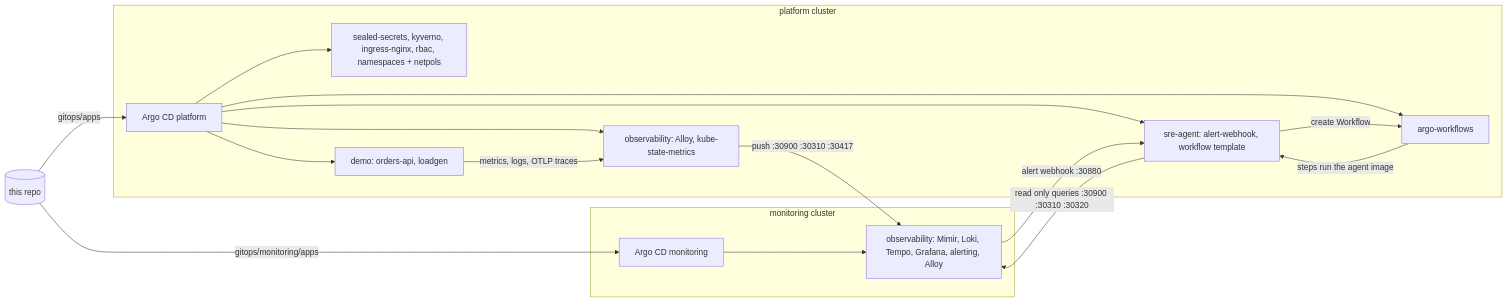
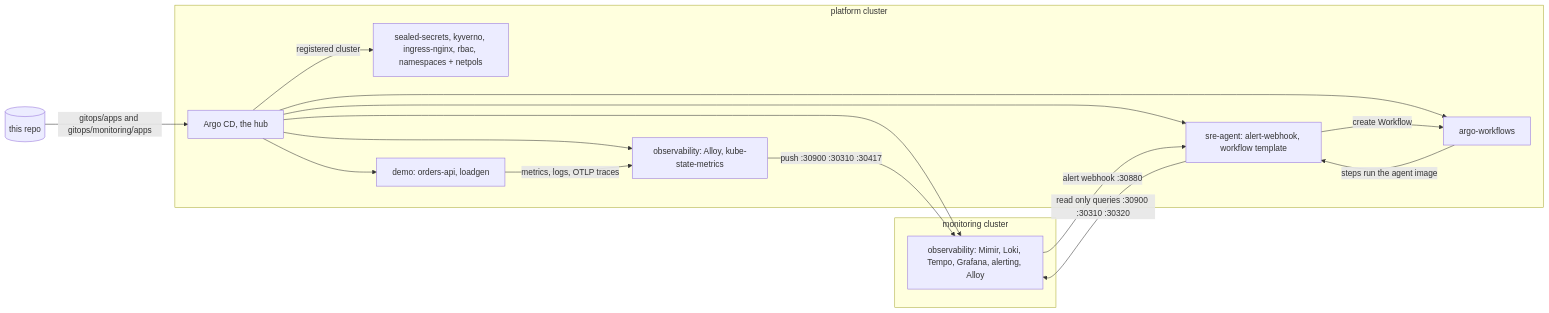
The diagram in README.md (krishnakant888/k3s-sre-platform), drawn with Mermaid before and after one commit. The commit also changed other lines of this file, not shown here.

Commit message:
docs: one argo cd in the monitoring cluster

````diff
--- a/README.md
+++ b/README.md
@@ -57,21 +56,20 @@
 ```mermaid
 flowchart LR
-  Git[(this repo)] -->|gitops/apps| ArgoP[Argo CD platform]
-  Git -->|gitops/monitoring/apps| ArgoM[Argo CD monitoring]
+  Git[(this repo)] -->|gitops/apps and gitops/monitoring/apps| ArgoM[Argo CD, the hub]
   subgraph platform cluster
-    ArgoP --> Platform[sealed-secrets, kyverno, ingress-nginx, rbac, namespaces + netpols]
-    ArgoP --> Collect[observability: Alloy, kube-state-metrics]
-    ArgoP --> AW[argo-workflows]
-    ArgoP --> Demo[demo: orders-api, loadgen]
-    ArgoP --> Agent[sre-agent: alert-webhook, workflow template]
+    ArgoM -->|registered cluster| Platform[sealed-secrets, kyverno, ingress-nginx, rbac, namespaces + netpols]
+    ArgoM --> Collect[observability: Alloy, kube-state-metrics]
+    ArgoM --> AW[argo-workflows]
+    ArgoM --> Demo[demo: orders-api, loadgen]
+    ArgoM --> Agent[sre-agent: alert-webhook, workflow template]
     Demo -->|metrics, logs, OTLP traces| Collect
     Agent -->|create Workflow| AW
     AW -->|steps run the agent image| Agent
   end
   subgraph monitoring cluster
     ArgoM --> Stack[observability: Mimir, Loki, Tempo, Grafana, alerting, Alloy]
   end
   Collect -->|push :30900 :30310 :30417| Stack
   Agent -->|read only queries :30900 :30310 :30320| Stack
   Stack -->|alert webhook :30880| Agent
 ```
````
